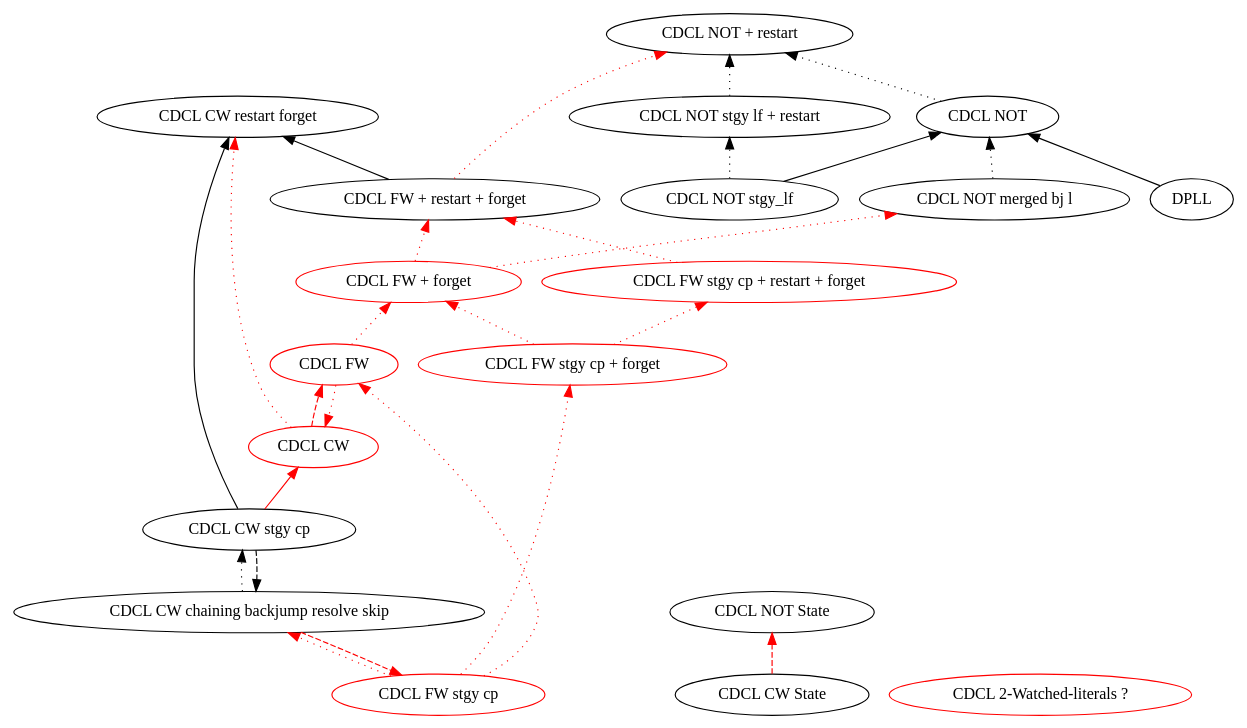
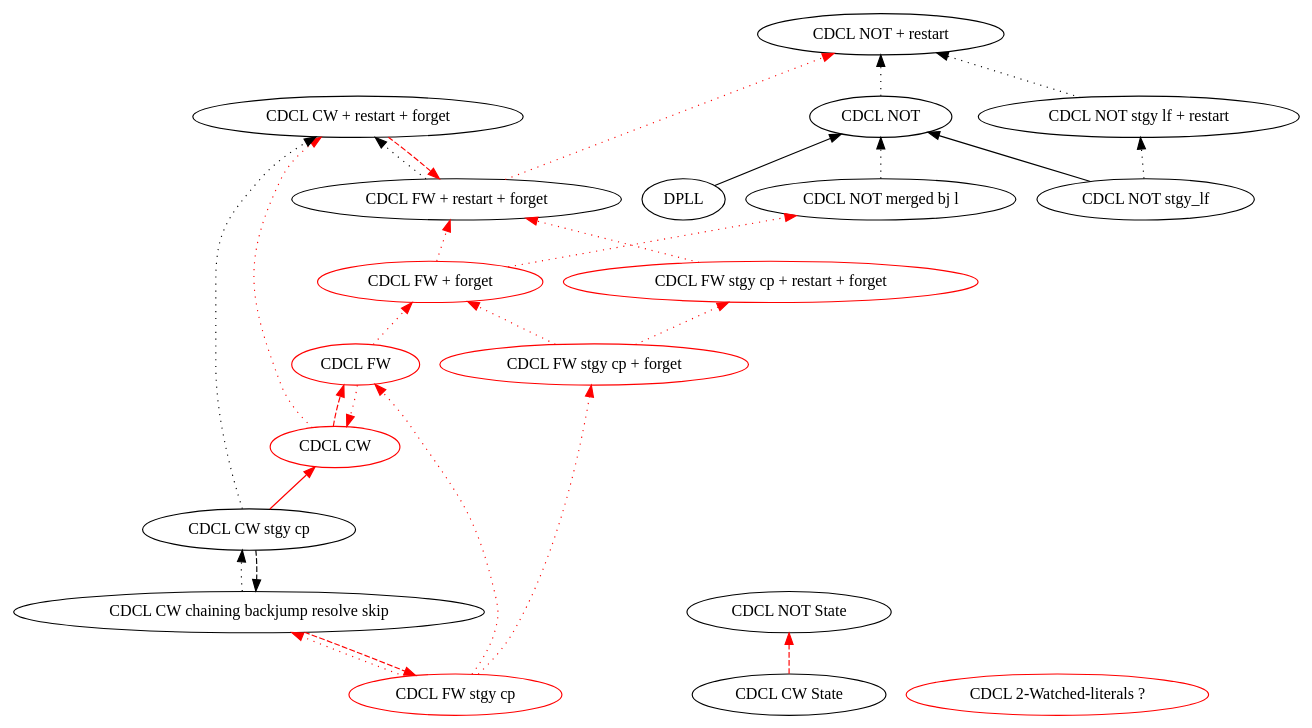
The diagram in Weidenbach_Book/CDCL.dot (IsaFoL/IsaFoL), drawn with Graphviz before and after one commit.

Commit message:
updating dot file

```diff
--- a/Weidenbach_Book/CDCL.dot
+++ b/Weidenbach_Book/CDCL.dot
@@ -1,74 +1,75 @@
 //dot -o CDCL.pdf -Tpdf CDCL.dot
 digraph CDCL {
   rankdir=BT;
   subgraph cw {
     style=invisible;
   	CDCL_NOT_restart [label = "CDCL NOT + restart"];
   	CDCL_NOT [label = "CDCL NOT"];
   	CDCL_NOT_stgy [label = "CDCL NOT stgy_lf"];
   	CDCL_NOT_stgy_restart[label = "CDCL NOT stgy lf + restart"];
   	CDCL_NOT_merged [label = "CDCL NOT merged bj l"];
   	DPLL [label = "DPLL"];
   }
 
 	CDCL_NOT_stgy -> CDCL_NOT;
 	CDCL_NOT -> CDCL_NOT_restart [style = dotted];
 	CDCL_NOT_stgy -> CDCL_NOT_stgy_restart [style = dotted];
 	CDCL_NOT_stgy_restart -> CDCL_NOT_restart [style = dotted];
 	DPLL -> CDCL_NOT;
 
 	CDCL_NOT_merged -> CDCL_NOT [style =dotted];
 
 	subgraph fw {
     style=invisible;
     CDCL_FW [label="CDCL FW", color = red];
 	  CDCL_FW_stgy [label="CDCL FW stgy cp", color=red];
 	  CDCL_FW_forget [label="CDCL FW + forget", color=red];
 	  CDCL_FW_stgy_forget [label="CDCL FW stgy cp + forget", color=red];
 
-	  CDCL_FW_restart_forget [label = "CDCL FW + restart + forget"];
-	  CDCL_FW_stgy_restart_forget [label = "CDCL FW stgy cp + restart + forget", color=red];
+	  CDCL_FW_forget_restart [label = "CDCL FW + restart + forget"];
+	  CDCL_FW_stgy_forget_restart [label = "CDCL FW stgy cp + restart + forget", color=red];
 	}
 
-	CDCL_FW_stgy_forget -> CDCL_FW_stgy_restart_forget -> CDCL_FW_restart_forget [style
+	CDCL_FW_stgy_forget -> CDCL_FW_stgy_forget_restart -> CDCL_FW_forget_restart [style
 	= dotted, color=red];
 	CDCL_FW_forget -> CDCL_NOT_merged [style = dotted, color=red];
 	CDCL_FW_stgy_forget -> CDCL_FW_forget [style = dotted, color=red];
-	CDCL_FW_forget -> CDCL_FW_restart_forget [style = dotted, color=red];
-	CDCL_FW_restart_forget -> CDCL_NOT_restart [style = dotted, color =red];
+	CDCL_FW_forget -> CDCL_FW_forget_restart [style = dotted, color=red];
+	CDCL_FW_forget_restart -> CDCL_NOT_restart [style = dotted, color =red];
         CDCL_FW_stgy -> CDCL_FW_stgy_forget [style=dotted, color=red];
 	CDCL_FW -> CDCL_FW_forget [style=dotted, color=red];
 	CDCL_FW_stgy ->  CDCL_FW[style=dotted, color=red];
 
 	subgraph cw {
     style=invisible;
-    CDCL_CW_forget_restart [label = "CDCL CW restart forget"];
+    CDCL_CW_forget_restart [label = "CDCL CW + restart + forget"];
 	  CDCL_CW [label = "CDCL CW", color = red];
 	  CDCL_CW_stgy [label = "CDCL CW stgy cp"];
 	  CDCL_CW_stgy_merge_bj[label = "CDCL CW chaining backjump resolve skip"];
 	}
 	CDCL_CW -> CDCL_CW_forget_restart[color = red, style = dotted];
-	CDCL_FW_restart_forget -> CDCL_CW_forget_restart; 
-	CDCL_CW_stgy -> CDCL_CW_forget_restart;
-	CDCL_CW_stgy -> CDCL_CW[color = red];	
+	CDCL_FW_forget_restart -> CDCL_CW_forget_restart[style = dotted];
+	CDCL_CW_forget_restart -> CDCL_FW_forget_restart[style = dashed, color = red];
+	CDCL_CW_stgy -> CDCL_CW_forget_restart[style = dotted];
+	CDCL_CW_stgy -> CDCL_CW[color = red];
 	CDCL_CW -> CDCL_FW[style=dashed, color = red];
 	CDCL_FW -> CDCL_CW[color =red, style=dotted];
 
 	CDCL_CW_stgy -> CDCL_CW_stgy_merge_bj[style=dashed];
 	CDCL_CW_stgy_merge_bj -> CDCL_FW_stgy[color=red, style=dashed];
 	CDCL_FW_stgy -> CDCL_CW_stgy_merge_bj[color=red, style=dotted];
 	CDCL_CW_stgy_merge_bj -> CDCL_CW_stgy[style=dotted];
 
 
 	subgraph state {
     style=invisible;
     CDCL_NOT_state [label = "CDCL NOT State"];
     CDCL_CW_state [label = "CDCL CW State"];
   }
 
   CDCL_CW_state -> CDCL_NOT_state[style=dashed, color = red];
 
 
 	CDCL_WL [label = "CDCL 2-Watched-literals ?", color = red];
 
 }
```
